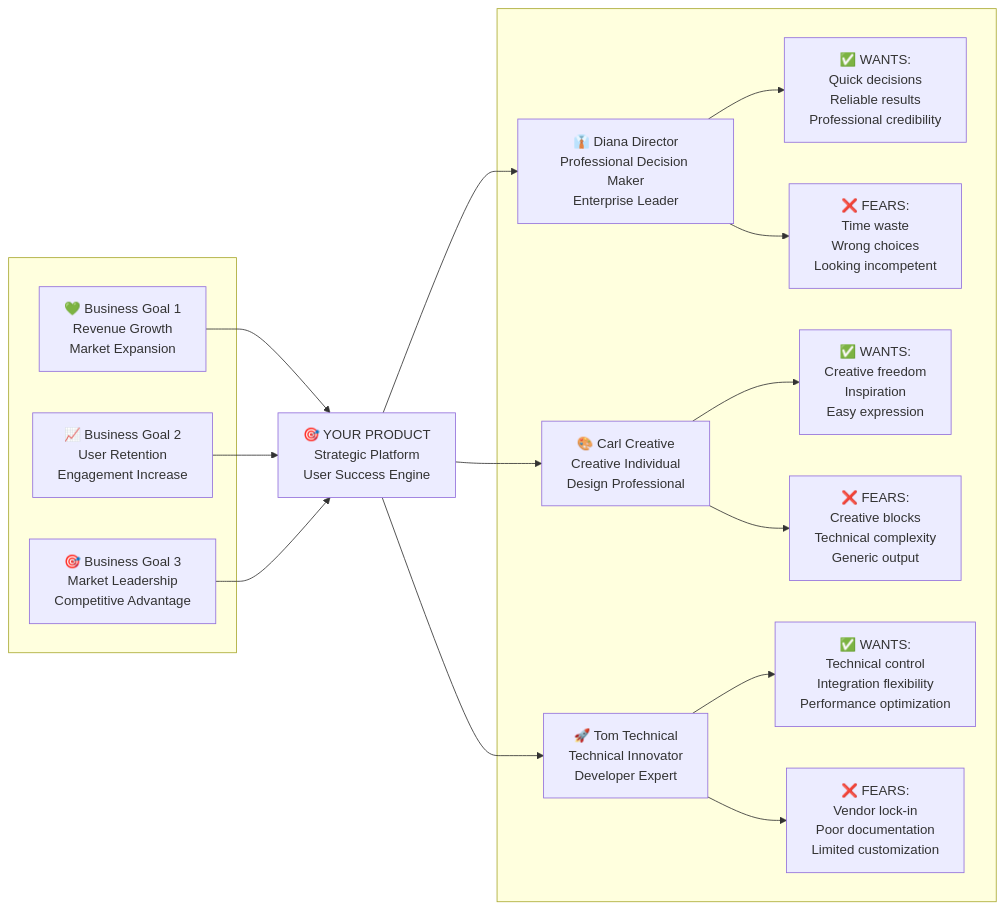
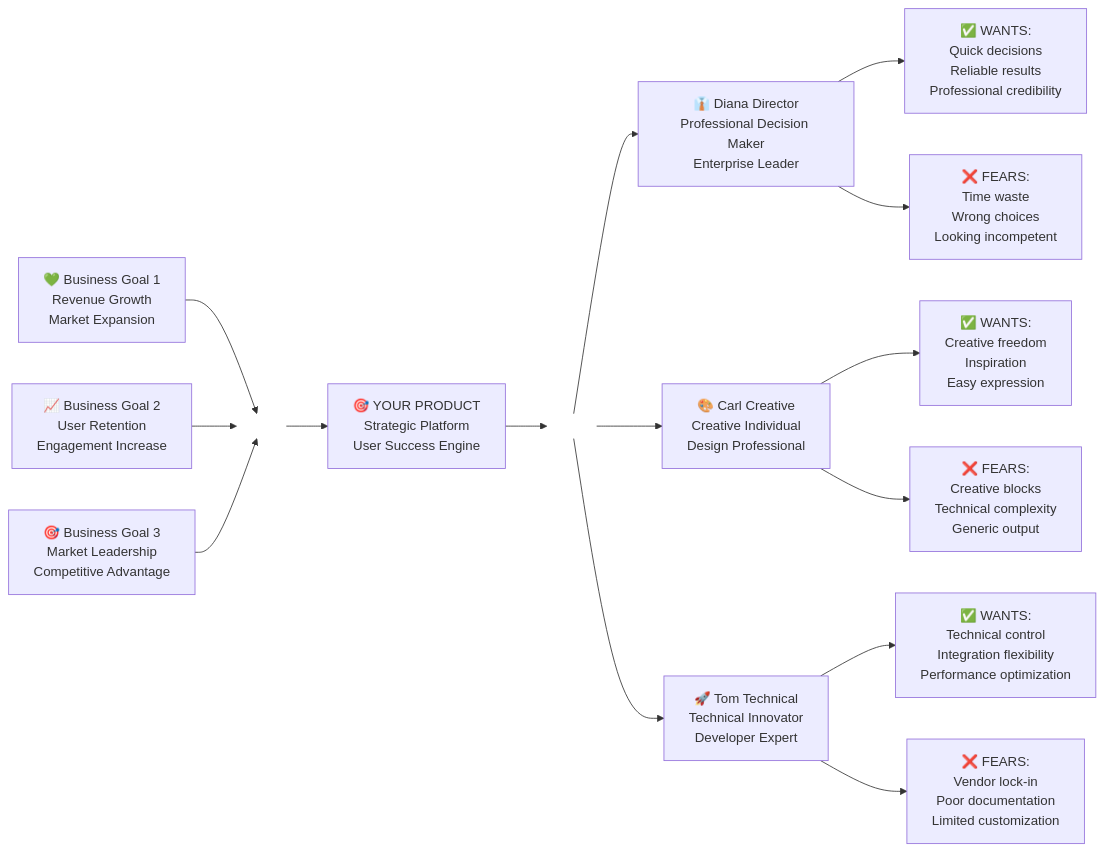
One commit to whiteport-collective/whiteport-sketch-to-code-bmad-expansion changed the diagram in Method/02-Trigger-Map-Creation.md. Above: the diagram before and after it, drawn with Mermaid. The commit also changed other lines of this file and 4 other files, not shown here.

````diff
--- a/Method/02-Trigger-Map-Creation.md
+++ b/Method/02-Trigger-Map-Creation.md
@@ -181,44 +181,51 @@
 ```mermaid
 flowchart LR
     %% Business Goals (Left Side)
-    subgraph BG[" "]
-        B1["💚 Business Goal 1<br/>Revenue Growth<br/>Market Expansion"]
-        B2["📈 Business Goal 2<br/>User Retention<br/>Engagement Increase"] 
-        B3["🎯 Business Goal 3<br/>Market Leadership<br/>Competitive Advantage"]
-    end
+    B1["💚 Business Goal 1<br/>Revenue Growth<br/>Market Expansion"]
+    B2["📈 Business Goal 2<br/>User Retention<br/>Engagement Increase"] 
+    B3["🎯 Business Goal 3<br/>Market Leadership<br/>Competitive Advantage"]
+    
+    %% Invisible convergence point for business goals
+    CONV1[" "]
+    style CONV1 fill:transparent,stroke:transparent
     
     %% Central Platform (Middle)
     A["🎯 YOUR PRODUCT<br/>Strategic Platform<br/>User Success Engine"]
     
-    %% Target Groups & Usage Goals (Right Side)
-    subgraph TG[" "]
-        U1["👔 Diana Director<br/>Professional Decision Maker<br/>Enterprise Leader"]
-        U2["🎨 Carl Creative<br/>Creative Individual<br/>Design Professional"]
-        U3["🚀 Tom Technical<br/>Technical Innovator<br/>Developer Expert"]
-        
-        U1P["✅ WANTS:<br/>Quick decisions<br/>Reliable results<br/>Professional credibility"]
-        U1N["❌ FEARS:<br/>Time waste<br/>Wrong choices<br/>Looking incompetent"]
-        
-        U2P["✅ WANTS:<br/>Creative freedom<br/>Inspiration<br/>Easy expression"]
-        U2N["❌ FEARS:<br/>Creative blocks<br/>Technical complexity<br/>Generic output"]
-        
-        U3P["✅ WANTS:<br/>Technical control<br/>Integration flexibility<br/>Performance optimization"]
-        U3N["❌ FEARS:<br/>Vendor lock-in<br/>Poor documentation<br/>Limited customization"]
-    end
+    %% Invisible divergence point for target groups
+    DIV1[" "]
+    style DIV1 fill:transparent,stroke:transparent
+    
+    %% Target Groups (Right Side)
+    U1["👔 Diana Director<br/>Professional Decision Maker<br/>Enterprise Leader"]
+    U2["🎨 Carl Creative<br/>Creative Individual<br/>Design Professional"]
+    U3["🚀 Tom Technical<br/>Technical Innovator<br/>Developer Expert"]
+    
+    %% Usage Goals (Far Right)
+    U1P["✅ WANTS:<br/>Quick decisions<br/>Reliable results<br/>Professional credibility"]
+    U1N["❌ FEARS:<br/>Time waste<br/>Wrong choices<br/>Looking incompetent"]
+    
+    U2P["✅ WANTS:<br/>Creative freedom<br/>Inspiration<br/>Easy expression"]
+    U2N["❌ FEARS:<br/>Creative blocks<br/>Technical complexity<br/>Generic output"]
+    
+    U3P["✅ WANTS:<br/>Technical control<br/>Integration flexibility<br/>Performance optimization"]
+    U3N["❌ FEARS:<br/>Vendor lock-in<br/>Poor documentation<br/>Limited customization"]
 
-    %% Connections: Business Goals → Platform → Target Groups → Usage Goals
-    B1 --> A
-    B2 --> A
-    B3 --> A
+    %% Connections: Business Goals converge → Platform → Target Groups diverge → Usage Goals
+    B1 --> CONV1
+    B2 --> CONV1
+    B3 --> CONV1
+    CONV1 --> A
     
-    A --> U1
-    A --> U2
-    A --> U3
+    A --> DIV1
+    DIV1 --> U1
+    DIV1 --> U2
+    DIV1 --> U3
     
     U1 --> U1P
     U1 --> U1N
     U2 --> U2P
     U2 --> U2N
     U3 --> U3P
     U3 --> U3N
 ```
````
